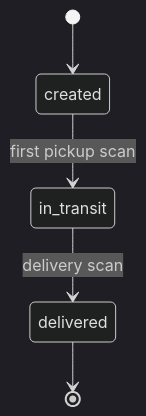
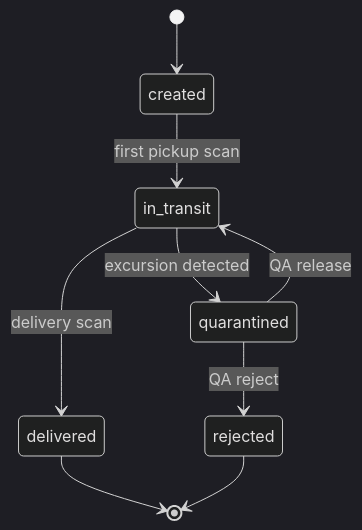
One commit to brumalink/shipment-api changed the diagram in docs/shipment-lifecycle.md. Above: the diagram before and after it, drawn with Mermaid (dark theme). The commit also changed other lines of this file, not shown here.

Commit message:
Add quarantine and rejection to shipment lifecycle

````diff
--- a/docs/shipment-lifecycle.md
+++ b/docs/shipment-lifecycle.md
@@ -3,7 +3,11 @@
 ```mermaid
 stateDiagram-v2
     [*] --> created
     created --> in_transit : first pickup scan
+    in_transit --> quarantined : excursion detected
+    quarantined --> in_transit : QA release
+    quarantined --> rejected : QA reject
     in_transit --> delivered : delivery scan
     delivered --> [*]
+    rejected --> [*]
 ```
````
